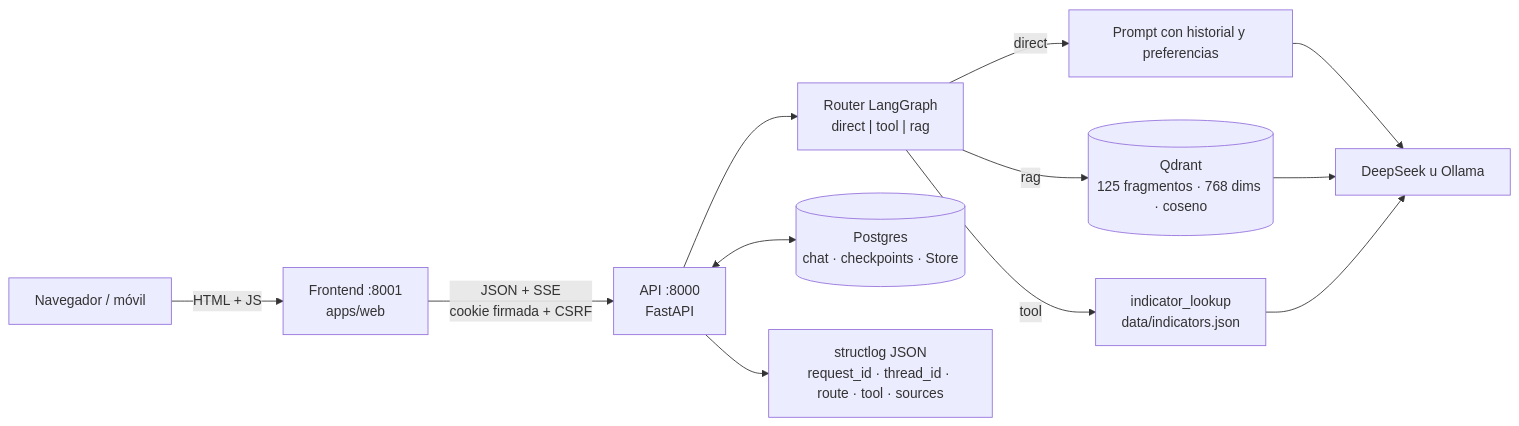
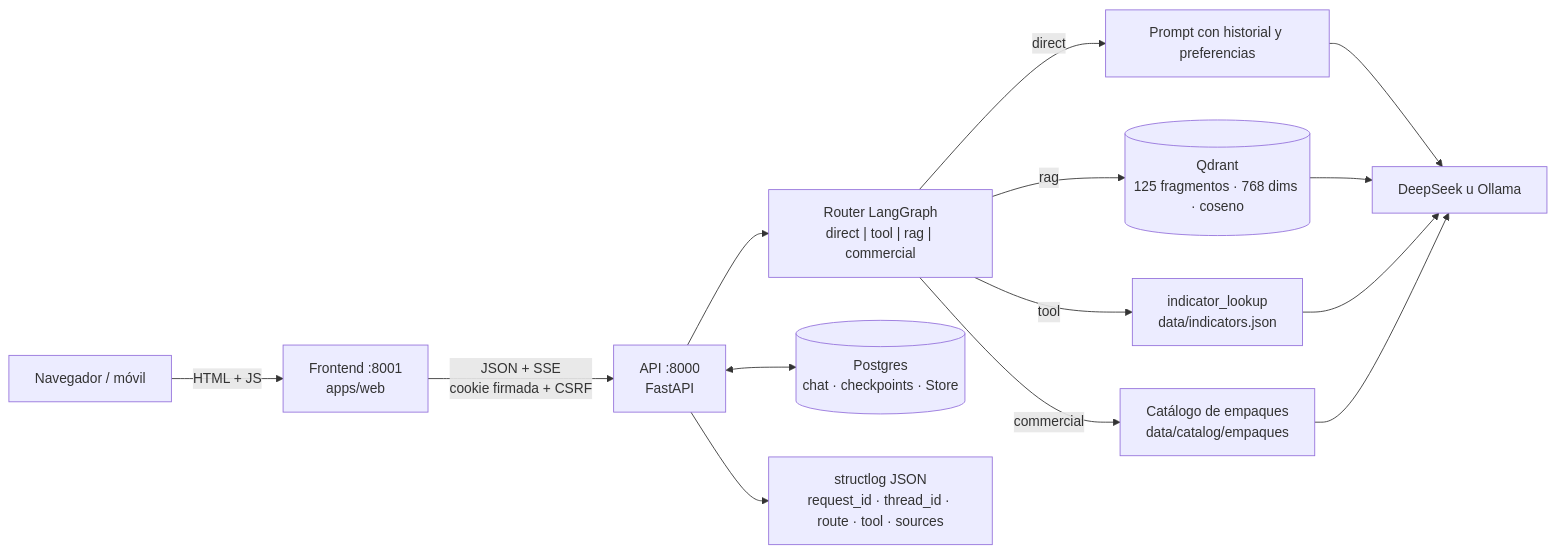
One commit to almeneses/carvajal changed the diagram in README.md. Above: the diagram before and after it, drawn with Mermaid. The commit also changed other lines of this file and 81 other files, not shown here.

````diff
--- a/README.md
+++ b/README.md
@@ -42,14 +42,16 @@
 ```mermaid
 flowchart LR
   U[Navegador / móvil] -->|HTML + JS| FE["Frontend :8001<br/>apps/web"]
   FE -->|"JSON + SSE<br/>cookie firmada + CSRF"| API["API :8000<br/>FastAPI"]
-  API --> ROUTER["Router LangGraph<br/>direct | tool | rag"]
+  API --> ROUTER["Router LangGraph<br/>direct | tool | rag | commercial"]
   ROUTER -->|direct| PROMPT[Prompt con historial y preferencias]
   ROUTER -->|rag| Q[("Qdrant<br/>125 fragmentos · 768 dims · coseno")]
   ROUTER -->|tool| T["indicator_lookup<br/>data/indicators.json"]
+  ROUTER -->|commercial| C["Catálogo de empaques<br/>data/catalog/empaques"]
   PROMPT --> LLM[DeepSeek u Ollama]
   Q --> LLM
   T --> LLM
+  C --> LLM
   API <--> PG[("Postgres<br/>chat · checkpoints · Store")]
   API --> LOGS["structlog JSON<br/>request_id · thread_id · route · tool · sources"]
 ```
````
